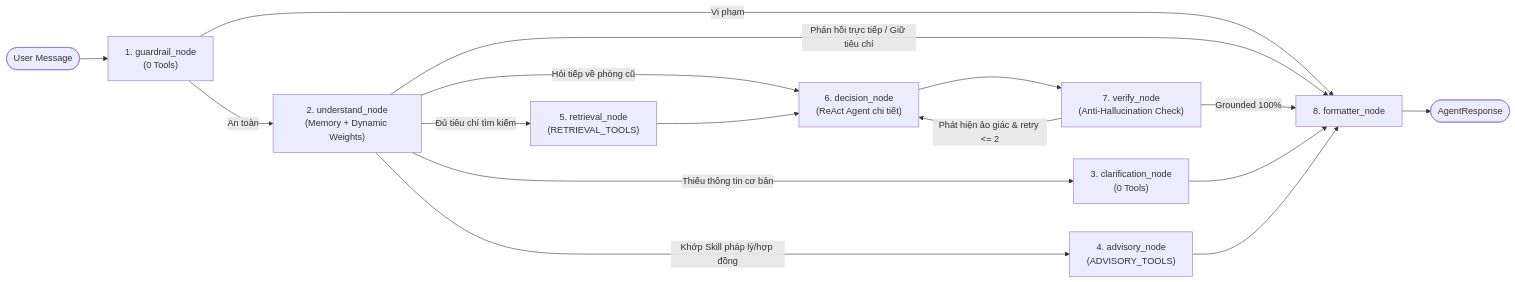
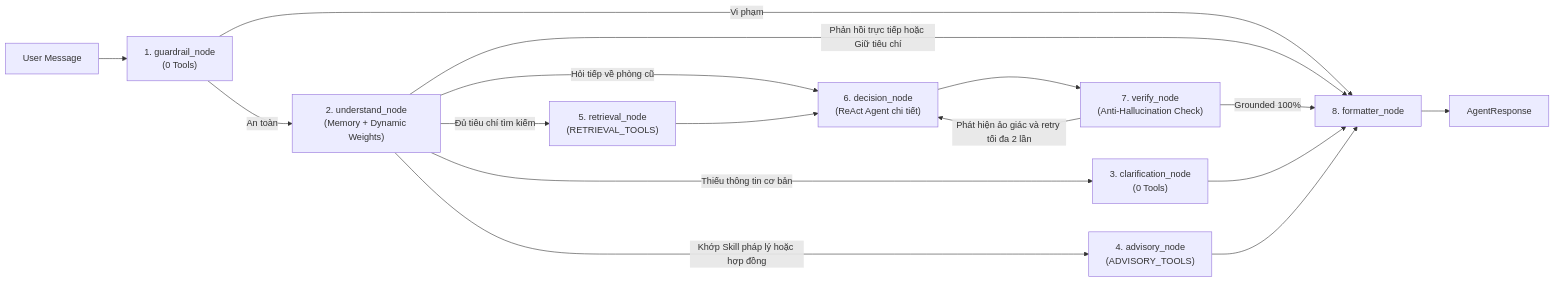
One commit to undead04/intelligent-room-rental changed the diagram in ai-agent/README.md. Above: the diagram before and after it, drawn with Mermaid. The commit also changed 3 other files, not shown here.

Commit message:
docs: fix Mermaid flowchart syntax across READMEs and feature spec

````diff
--- a/ai-agent/README.md
+++ b/ai-agent/README.md
@@ -9,18 +9,18 @@
 ```mermaid
 flowchart LR
-    START([User Message]) --> N1["1. guardrail_node\n(0 Tools)"]
+    START["User Message"] --> N1["1. guardrail_node<br/>(0 Tools)"]
     N1 -->|Vi phạm| N8["8. formatter_node"]
-    N1 -->|An toàn| N2["2. understand_node\n(Memory + Dynamic Weights)"]
-    N2 -->|Khớp Skill pháp lý/hợp đồng| N4["4. advisory_node\n(ADVISORY_TOOLS)"]
-    N2 -->|Thiếu thông tin cơ bản| N3["3. clarification_node\n(0 Tools)"]
-    N2 -->|Phản hồi trực tiếp / Giữ tiêu chí| N8
-    N2 -->|Hỏi tiếp về phòng cũ| N6["6. decision_node\n(ReAct Agent chi tiết)"]
-    N2 -->|Đủ tiêu chí tìm kiếm| N5["5. retrieval_node\n(RETRIEVAL_TOOLS)"]
+    N1 -->|An toàn| N2["2. understand_node<br/>(Memory + Dynamic Weights)"]
+    N2 -->|Khớp Skill pháp lý hoặc hợp đồng| N4["4. advisory_node<br/>(ADVISORY_TOOLS)"]
+    N2 -->|Thiếu thông tin cơ bản| N3["3. clarification_node<br/>(0 Tools)"]
+    N2 -->|Phản hồi trực tiếp hoặc Giữ tiêu chí| N8
+    N2 -->|Hỏi tiếp về phòng cũ| N6["6. decision_node<br/>(ReAct Agent chi tiết)"]
+    N2 -->|Đủ tiêu chí tìm kiếm| N5["5. retrieval_node<br/>(RETRIEVAL_TOOLS)"]
     N5 --> N6
-    N6 --> N7["7. verify_node\n(Anti-Hallucination Check)"]
-    N7 -->|Phát hiện ảo giác & retry <= 2| N6
+    N6 --> N7["7. verify_node<br/>(Anti-Hallucination Check)"]
+    N7 -->|Phát hiện ảo giác và retry tối đa 2 lần| N6
     N7 -->|Grounded 100%| N8
     N3 --> N8
     N4 --> N8
-    N8 --> END([AgentResponse])
+    N8 --> END["AgentResponse"]
 ```
````
